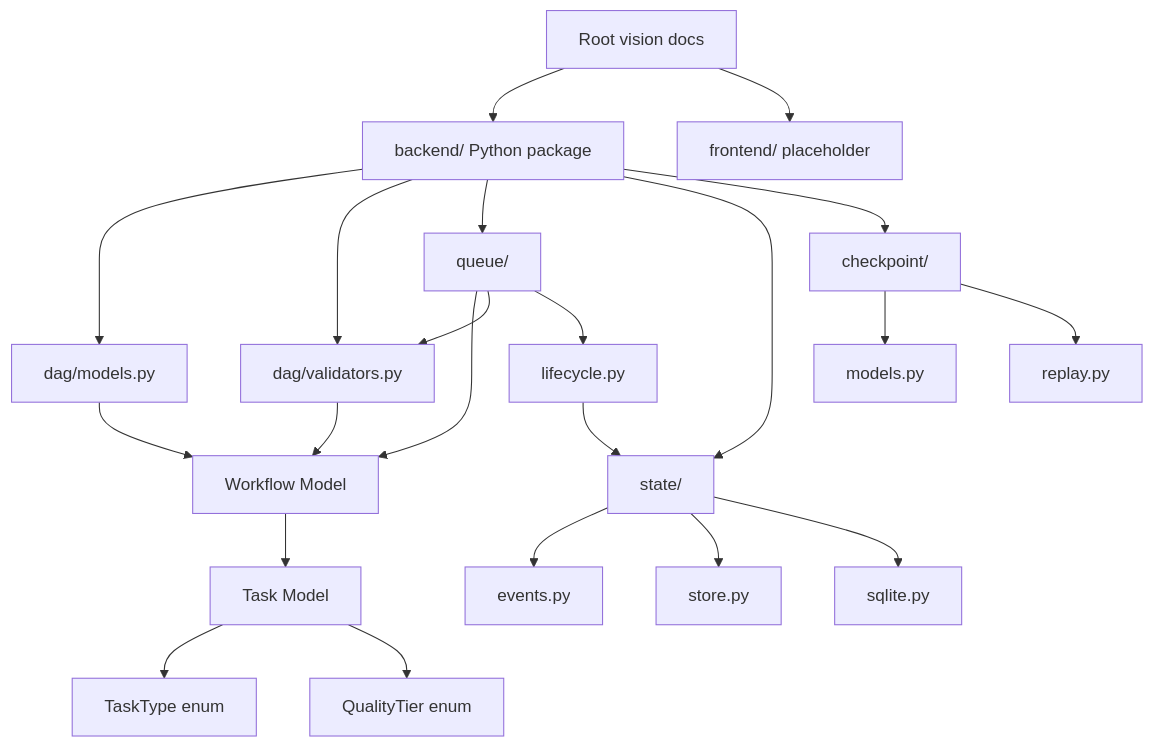
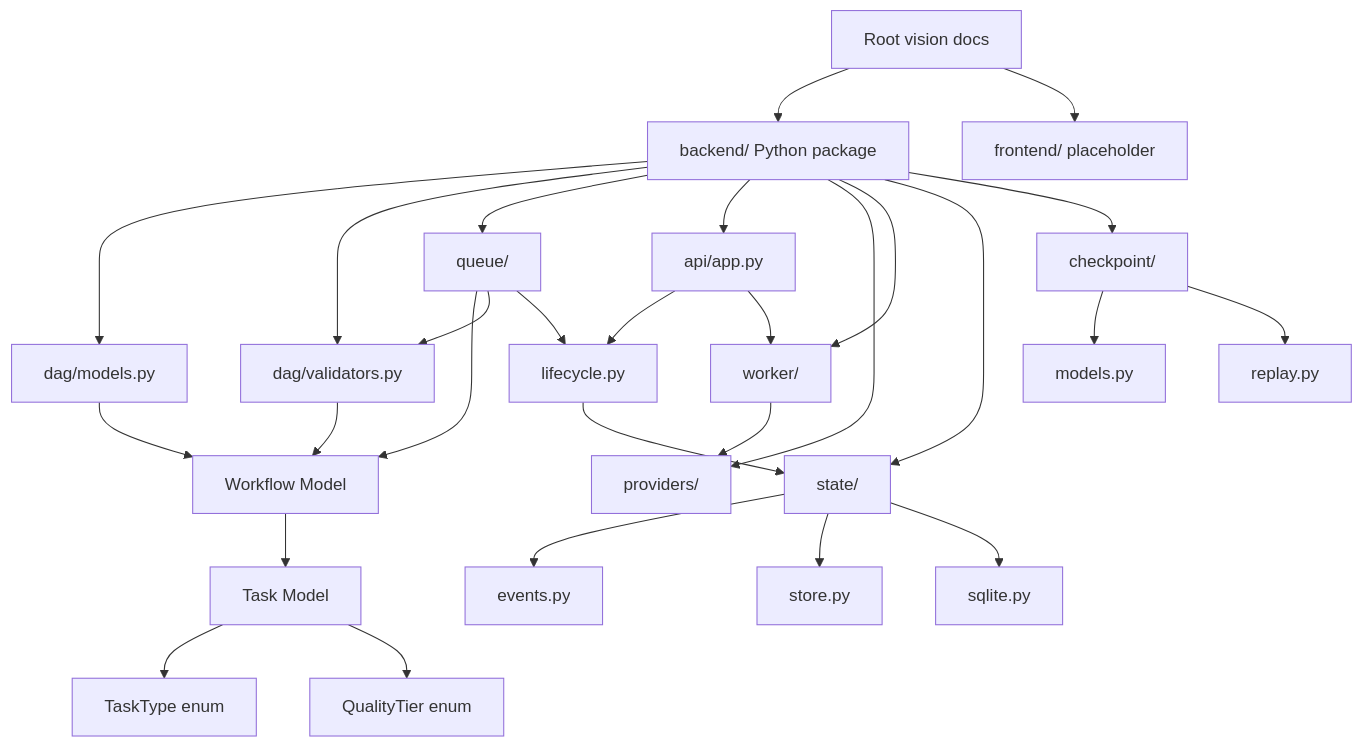
One commit to knishkarora/Ather-OS changed the first of 2 diagrams in docs/01_Architecture.md. Above: the diagram before and after it, drawn with Mermaid. The commit also changed other lines of this file and 13 other files, not shown here.

````diff
--- a/docs/01_Architecture.md
+++ b/docs/01_Architecture.md
@@ -9,24 +9,30 @@
 ```mermaid
 flowchart TD
     Docs["Root vision docs"] --> Backend["backend/ Python package"]
     Docs --> Frontend["frontend/ placeholder"]
     Backend --> DAG["dag/models.py"]
     Backend --> Validator["dag/validators.py"]
     Backend --> Queue["queue/"]
+    Backend --> API["api/app.py"]
+    Backend --> Provider["providers/"]
+    Backend --> Worker["worker/"]
     Backend --> State["state/"]
     Backend --> Checkpoint["checkpoint/"]
     DAG --> Workflow["Workflow Model"]
     Workflow --> Task["Task Model"]
     Task --> TaskType["TaskType enum"]
     Task --> QualityTier["QualityTier enum"]
     Validator --> Workflow
     Queue --> Workflow
     Queue --> Validator
     Queue --> Lifecycle["lifecycle.py"]
+    API --> Lifecycle
+    API --> Worker
+    Worker --> Provider
     Lifecycle --> State
     State --> Events["events.py"]
     State --> Store["store.py"]
     State --> SQLite["sqlite.py"]
     Checkpoint --> Projections["models.py"]
     Checkpoint --> Replay["replay.py"]
 ```
````
